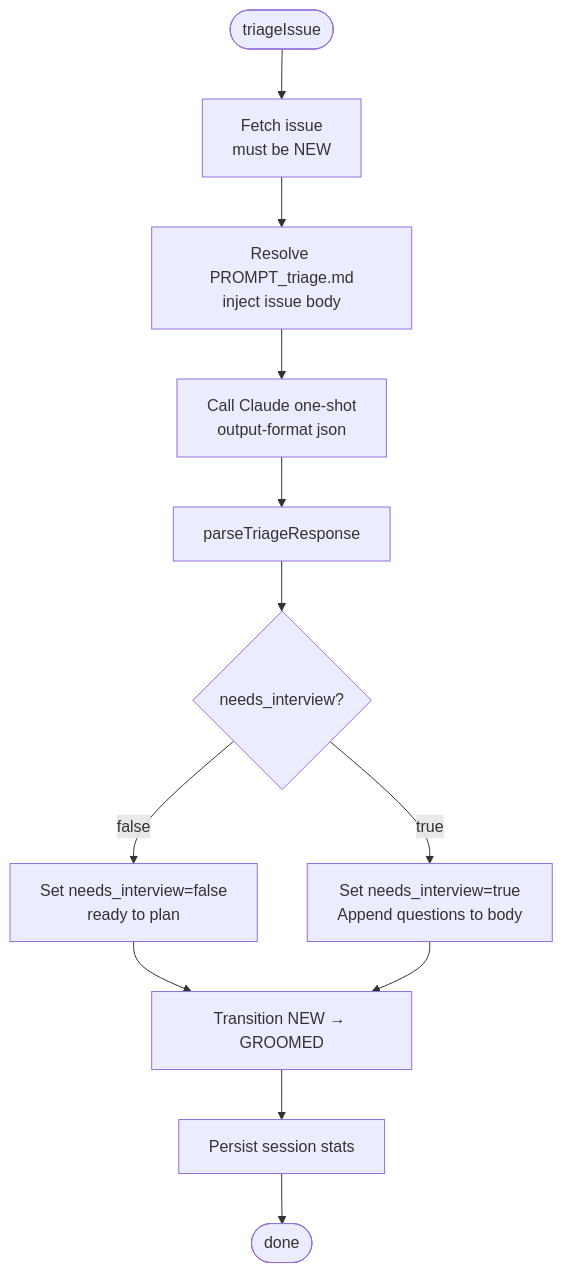
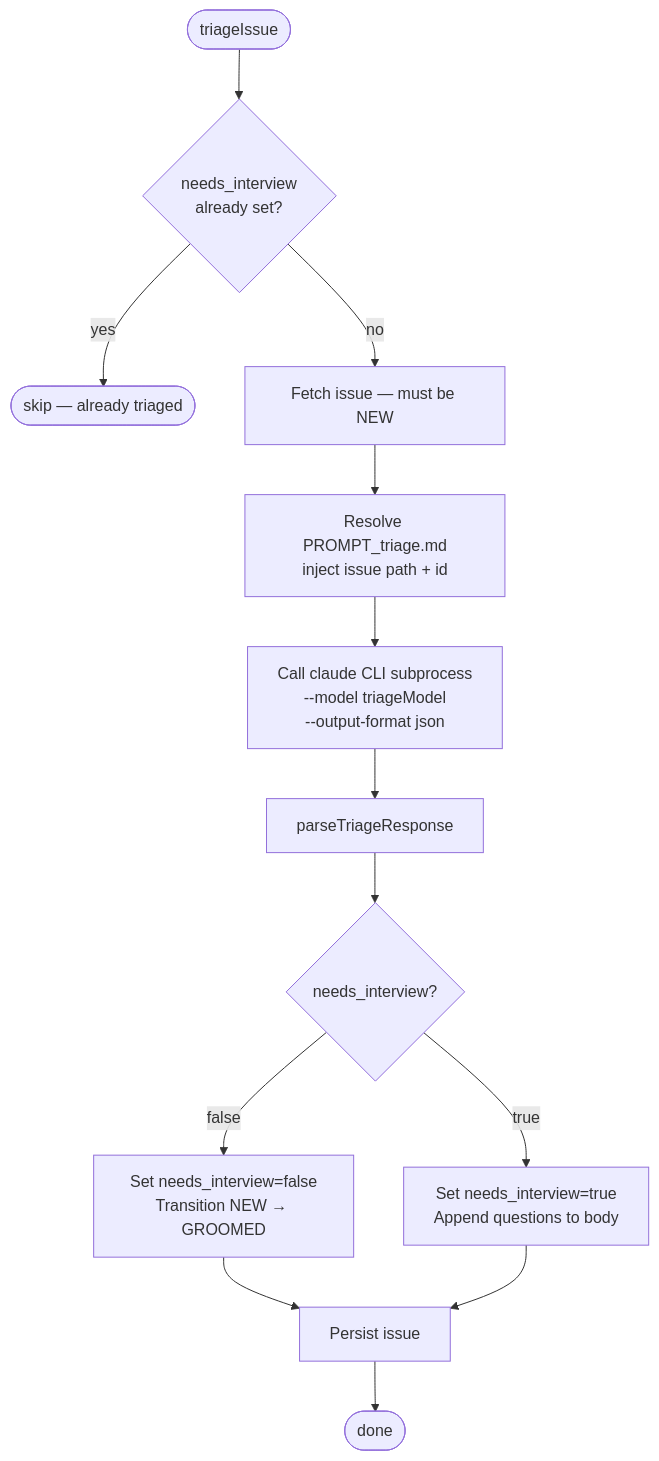
The first of 2 diagrams in resources/architecture/triage.md (vx-daniel/barf-ts), drawn with Mermaid before and after one commit. The commit also changed other lines of this file and 16 other files, not shown here.

````diff
--- a/resources/architecture/triage.md
+++ b/resources/architecture/triage.md
@@ -9,14 +9,15 @@
 ```mermaid
 flowchart TD
-    A([triageIssue]) --> B[Fetch issue\nmust be NEW]
-    B --> C[Resolve PROMPT_triage.md\ninject issue body]
-    C --> D[Call Claude one-shot\noutput-format json]
+    A([triageIssue]) --> AA{needs_interview\nalready set?}
+    AA -- yes --> AB([skip — already triaged])
+    AA -- no --> B[Fetch issue — must be NEW]
+    B --> C[Resolve PROMPT_triage.md\ninject issue path + id]
+    C --> D["Call claude CLI subprocess\n--model triageModel\n--output-format json"]
     D --> E[parseTriageResponse]
     E --> F{needs_interview?}
-    F -- false --> G[Set needs_interview=false\nready to plan]
+    F -- false --> G[Set needs_interview=false\nTransition NEW → GROOMED]
     F -- true --> H[Set needs_interview=true\nAppend questions to body]
-    G --> I[Transition NEW → GROOMED]
+    G --> I[Persist issue]
     H --> I
-    I --> J[Persist session stats]
-    J --> K([done])
+    I --> J([done])
 ```
````
